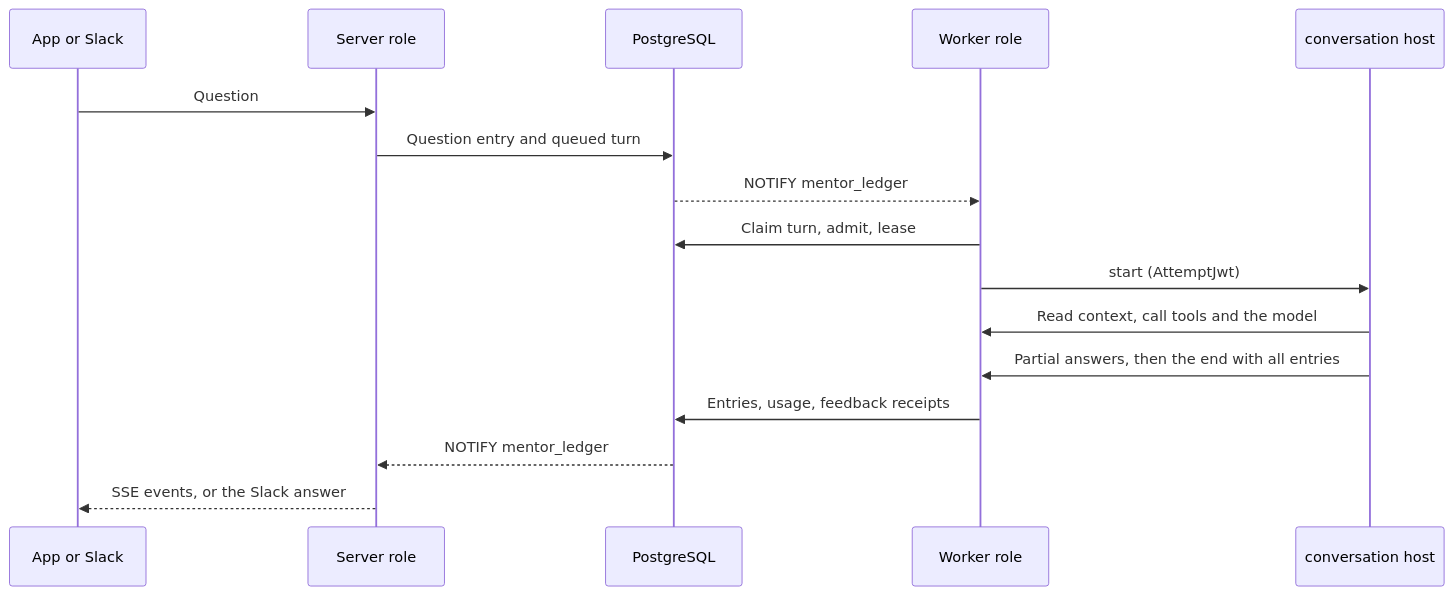
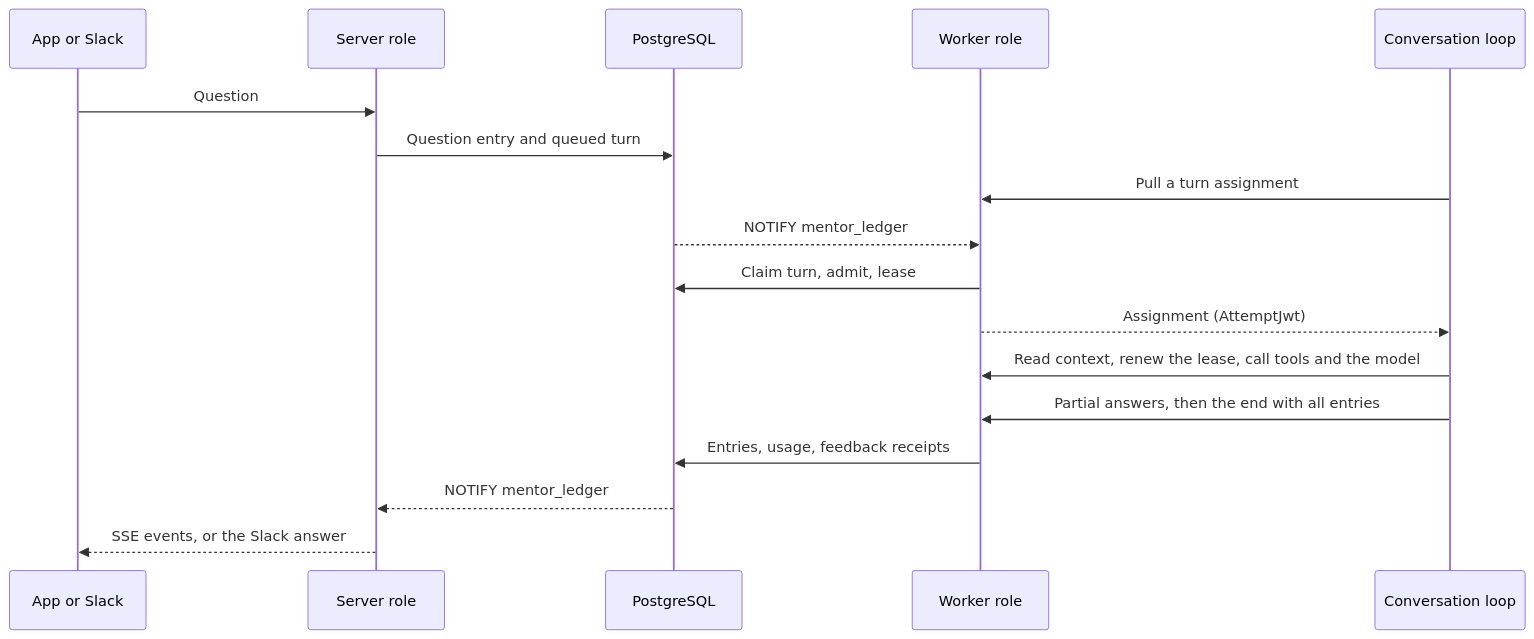
Before and after one commit to hephaestus-build/Hephaestus: the third of 3 diagrams in docs/contributor/system-design.mdx, drawn with Mermaid. The commit also changed other lines of this file and 191 other files, not shown here.

First line of the commit message:
feat(server): the conversation loop runs every turn, and any worker serves it

````diff
--- a/docs/contributor/system-design.mdx
+++ b/docs/contributor/system-design.mdx
@@ -135,20 +137,21 @@
 ```mermaid
 sequenceDiagram
     accTitle: One conversation turn
-    accDescr: The server stores the question and a queued turn. A worker claims the turn after a PostgreSQL notification and starts it in its conversation host. The host reads the context, reports partial answers, and sends all entries with the end of the turn. The server streams changes to the app and posts Slack answers.
+    accDescr: The server stores the question and a queued turn. The conversation loop pulls an assignment from a worker, which claims the turn. The loop reads the context, renews the lease, reports partial answers, and sends all entries with the end of the turn, each call to any worker. The server streams changes to the app and posts Slack answers.
     participant C as App or Slack
     participant S as Server role
     participant DB as PostgreSQL
     participant W as Worker role
-    participant H as conversation host
+    participant L as Conversation loop
     C->>S: Question
     S->>DB: Question entry and queued turn
+    L->>W: Pull a turn assignment
     DB-->>W: NOTIFY mentor_ledger
     W->>DB: Claim turn, admit, lease
-    W->>H: start (AttemptJwt)
-    H->>W: Read context, call tools and the model
-    H->>W: Partial answers, then the end with all entries
+    W-->>L: Assignment (AttemptJwt)
+    L->>W: Read context, renew the lease, call tools and the model
+    L->>W: Partial answers, then the end with all entries
     W->>DB: Entries, usage, feedback receipts
     DB-->>S: NOTIFY mentor_ledger
     S-->>C: SSE events, or the Slack answer
 ```
````
